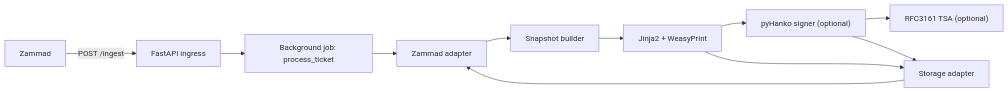
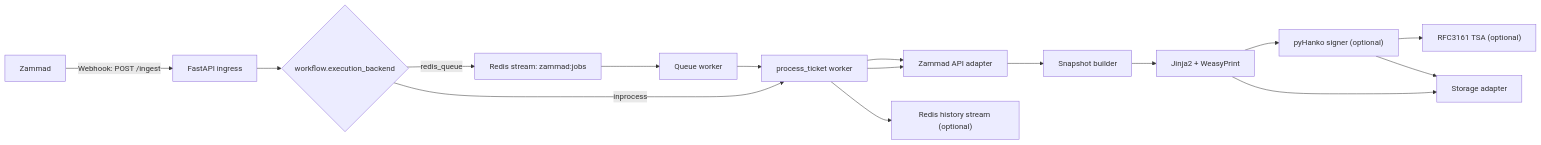
The first of 2 diagrams in README.md (sebastianspicker/zammad-ticket-archiver), drawn with Mermaid before and after one commit. The commit also changed other lines of this file and 29 other files, not shown here.

````diff
--- a/README.md
+++ b/README.md
@@ -104,13 +104,18 @@
 ```mermaid
 flowchart LR
-  Z["Zammad"] -->|POST /ingest| I["FastAPI ingress"]
-  I --> J["Background job: process_ticket"]
-  J --> ZA["Zammad adapter"]
+  Z["Zammad"] -->|"Webhook: POST /ingest"| I["FastAPI ingress"]
+  I --> D{"workflow.execution_backend"}
+  D -->|"inprocess"| J["process_ticket worker"]
+  D -->|"redis_queue"| Q["Redis stream: zammad:jobs"]
+  Q --> W["Queue worker"]
+  W --> J
+  J --> ZA["Zammad API adapter"]
   ZA --> SN["Snapshot builder"]
   SN --> PDF["Jinja2 + WeasyPrint"]
   PDF --> SG["pyHanko signer (optional)"]
   SG --> TSA["RFC3161 TSA (optional)"]
   PDF --> ST["Storage adapter"]
   SG --> ST
-  ST --> ZA
+  J --> H["Redis history stream (optional)"]
+  J --> ZA
 ```
````
